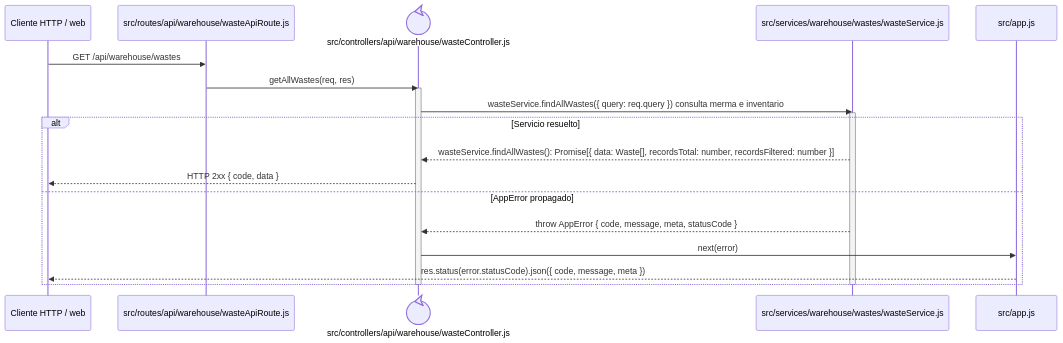
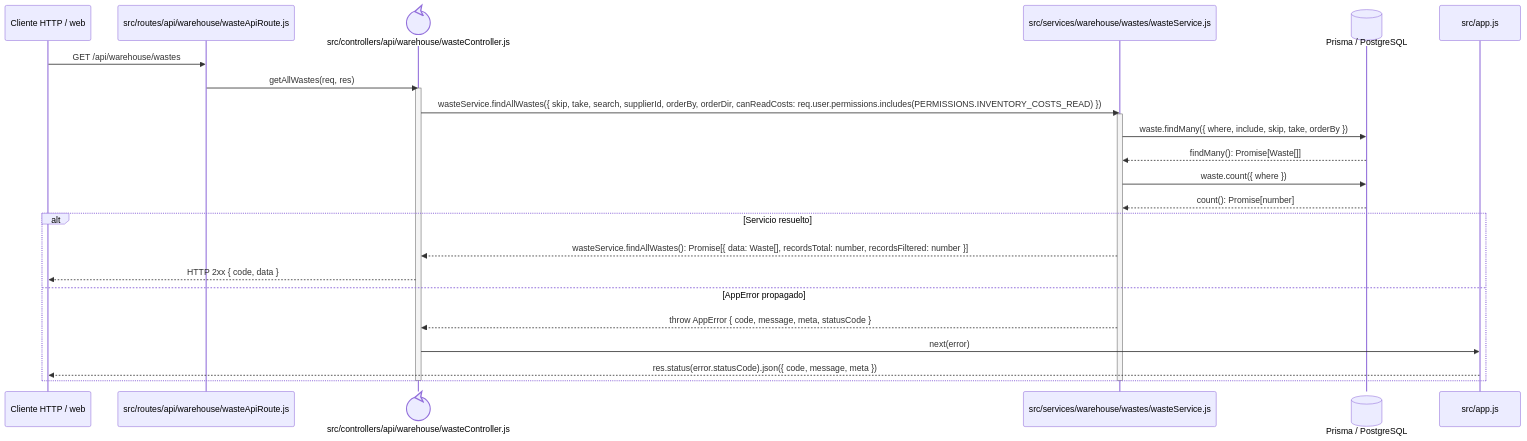
Before and after one commit to gpgsistemas01/nexus: the diagram in docs/architecture/backend-code-sequences/catalogs/cu-alm-09.md, drawn with Mermaid. The commit also changed 22 other files, not shown here.

````diff
--- a/docs/architecture/backend-code-sequences/catalogs/cu-alm-09.md
+++ b/docs/architecture/backend-code-sequences/catalogs/cu-alm-09.md
@@ -6,24 +6,29 @@
 ```mermaid
 sequenceDiagram
     participant Client as Cliente HTTP / web
     participant Route as src/routes/api/warehouse/wasteApiRoute.js
     participant Controller@{ "type": "control" } as src/controllers/api/warehouse/wasteController.js
     participant Domain as src/services/warehouse/wastes/wasteService.js
+    participant Prisma@{ "type": "database" } as Prisma / PostgreSQL
     participant ErrorHandler as src/app.js
 
     Client->>Route: GET /api/warehouse/wastes
     Route->>Controller: getAllWastes(req, res)
     activate Controller
-    Controller->>Domain: wasteService.findAllWastes({ query: req.query }) consulta merma e inventario
+    Controller->>Domain: wasteService.findAllWastes({ skip, take, search, supplierId, orderBy, orderDir, canReadCosts: req.user.permissions.includes(PERMISSIONS.INVENTORY_COSTS_READ) })
     activate Domain
+    Domain->>Prisma: waste.findMany({ where, include, skip, take, orderBy })
+    Prisma-->>Domain: findMany(): Promise[Waste[]]
+    Domain->>Prisma: waste.count({ where })
+    Prisma-->>Domain: count(): Promise[number]
     alt Servicio resuelto
         Domain-->>Controller: wasteService.findAllWastes(): Promise[{ data: Waste[], recordsTotal: number, recordsFiltered: number }]
         Controller-->>Client: HTTP 2xx { code, data }
     else AppError propagado
         Domain-->>Controller: throw AppError { code, message, meta, statusCode }
         Controller->>ErrorHandler: next(error)
         ErrorHandler-->>Client: res.status(error.statusCode).json({ code, message, meta })
     end
     deactivate Domain
     deactivate Controller
 ```
````
